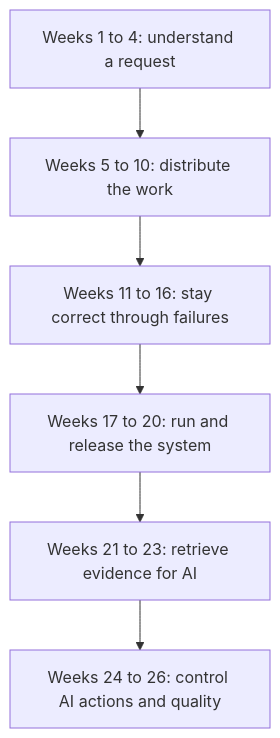
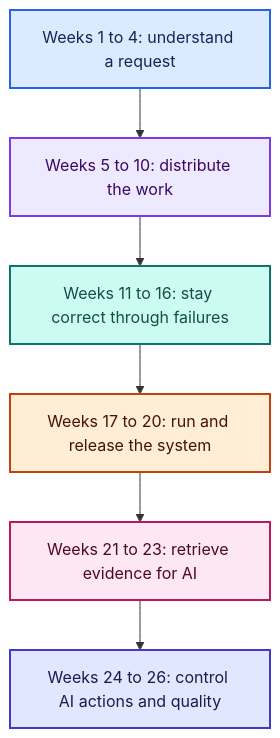
One commit to Shaktiprasadram22/system-design-26-week-roadmap changed the diagram in roadmap.md. Above: the diagram before and after it, drawn with Mermaid. The commit also changed other lines of this file and 21 other files, not shown here.

````diff
--- a/roadmap.md
+++ b/roadmap.md
@@ -9,8 +12,20 @@
 ```mermaid
 flowchart TD
     F["Weeks 1 to 4: understand a request"] --> D["Weeks 5 to 10: distribute the work"]
     D --> R["Weeks 11 to 16: stay correct through failures"]
     R --> C["Weeks 17 to 20: run and release the system"]
     C --> K["Weeks 21 to 23: retrieve evidence for AI"]
     K --> A["Weeks 24 to 26: control AI actions and quality"]
+    classDef foundation fill:#dbeafe,stroke:#2563eb,color:#172554,stroke-width:2px;
+    classDef core fill:#ede9fe,stroke:#7c3aed,color:#3b0764,stroke-width:2px;
+    classDef reliability fill:#ccfbf1,stroke:#0f766e,color:#134e4a,stroke-width:2px;
+    classDef cloud fill:#ffedd5,stroke:#c2410c,color:#431407,stroke-width:2px;
+    classDef retrieval fill:#fce7f3,stroke:#be185d,color:#500724,stroke-width:2px;
+    classDef agents fill:#e0e7ff,stroke:#4338ca,color:#1e1b4b,stroke-width:2px;
+    class F foundation;
+    class D core;
+    class R reliability;
+    class C cloud;
+    class K retrieval;
+    class A agents;
 ```
````
